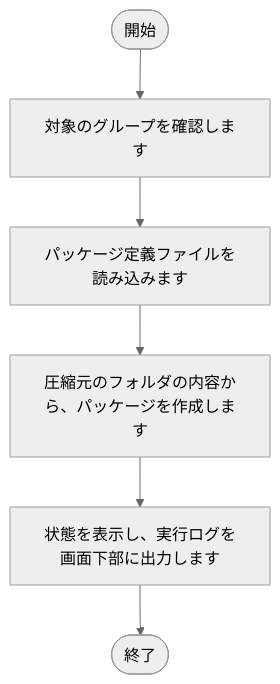
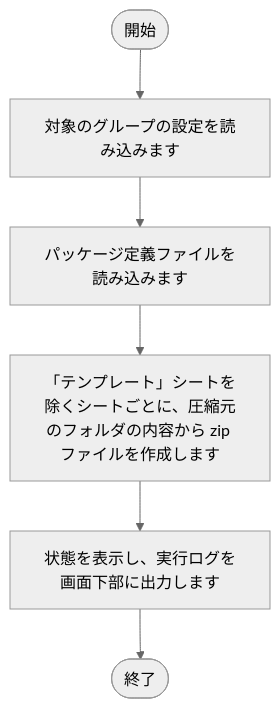
One commit to nishida2073/project_management changed the first of 12 diagrams in tool/package-generator/doc/02_設計/処理フロー.md. Above: the diagram before and after it, drawn with Mermaid (neutral theme). The commit also changed other lines of this file and 16 other files, not shown here.

````diff
--- a/tool/package-generator/doc/02_設計/処理フロー.md
+++ b/tool/package-generator/doc/02_設計/処理フロー.md
@@ -33,14 +37,14 @@
 ```mermaid
 flowchart TD
     S(["開始"])
     E(["終了"])
-    N1["対象のグループを確認します"]
+    N1["対象のグループの設定を読み込みます"]
     S --> N1
     N2["パッケージ定義ファイルを読み込みます"]
     N1 --> N2
-    N3["圧縮元のフォルダの内容から、パッケージを作成します"]
+    N3["「テンプレート」シートを除くシートごとに、圧縮元のフォルダの内容から zip ファイルを作成します"]
     N2 --> N3
     N4["状態を表示し、実行ログを画面下部に出力します"]
     N3 --> N4
     N4 --> E
 ```
````
